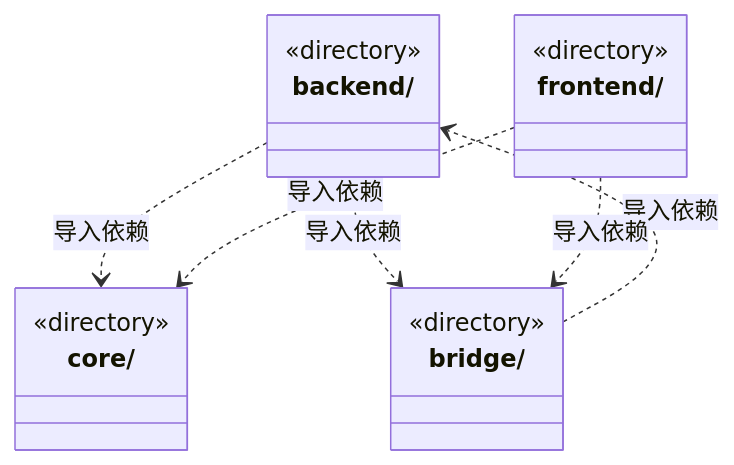
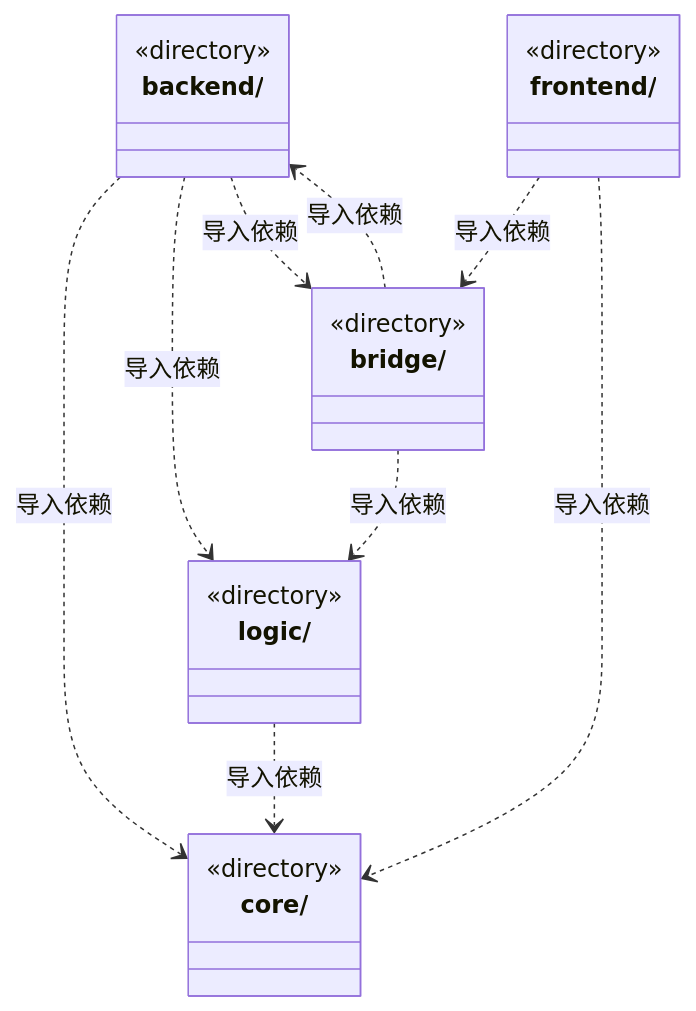
The diagram in src/ARCHITECTURE.md (nan023062/cbim), drawn with Mermaid before and after one commit. The commit also changed other lines of this file and 161 other files, not shown here.

````diff
--- a/src/ARCHITECTURE.md
+++ b/src/ARCHITECTURE.md
@@ -15,20 +15,26 @@
 ```mermaid
 classDiagram
 class N_src_backend["backend/"] {
   <<directory>>
 }
 class N_src_bridge["bridge/"] {
   <<directory>>
 }
 class N_src_core["core/"] {
   <<directory>>
 }
 class N_src_frontend["frontend/"] {
   <<directory>>
 }
+class N_src_logic["logic/"] {
+  <<directory>>
+}
 N_src_backend ..> N_src_core : 导入依赖
+N_src_backend ..> N_src_logic : 导入依赖
 N_src_backend ..> N_src_bridge : 导入依赖
 N_src_bridge ..> N_src_backend : 导入依赖
+N_src_bridge ..> N_src_logic : 导入依赖
 N_src_frontend ..> N_src_bridge : 导入依赖
 N_src_frontend ..> N_src_core : 导入依赖
+N_src_logic ..> N_src_core : 导入依赖
 ```
````
